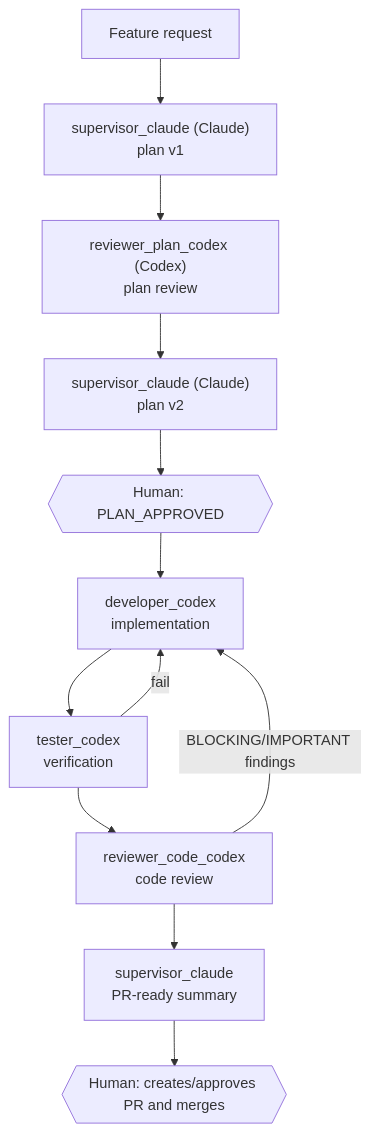
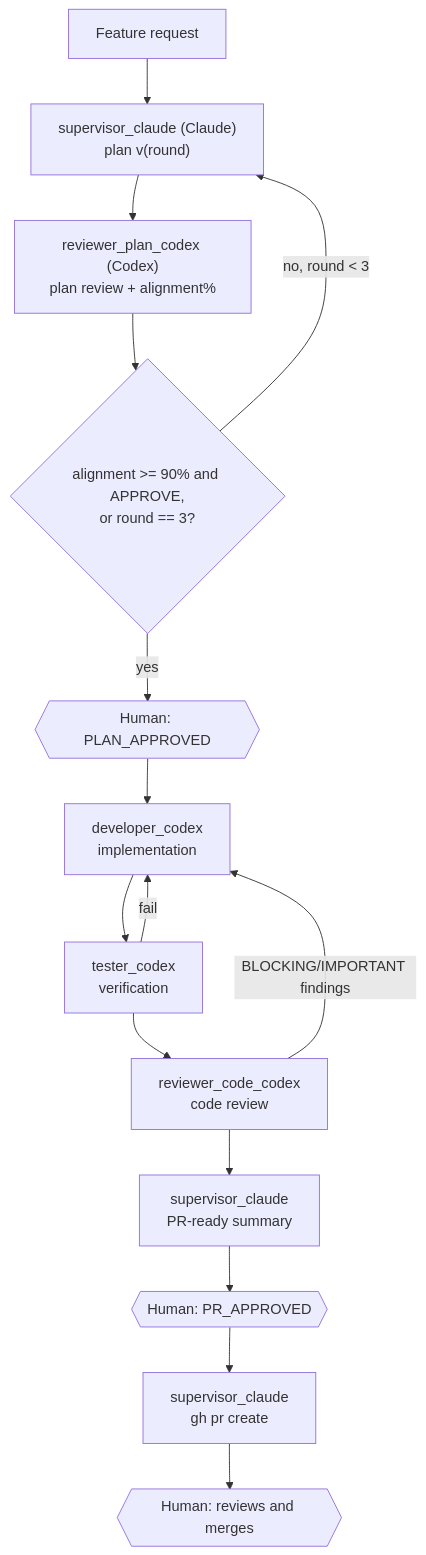
Before and after one commit to lacrif/aws-cao-config: the diagram in README.md, drawn with Mermaid. The commit also changed other lines of this file and 2 other files, not shown here.

````diff
--- a/README.md
+++ b/README.md
@@ -10,15 +10,18 @@
 ```mermaid
 flowchart TD
-    A[Feature request] --> B["supervisor_claude (Claude)<br/>plan v1"]
-    B --> C["reviewer_plan_codex (Codex)<br/>plan review"]
-    C --> D["supervisor_claude (Claude)<br/>plan v2"]
-    D --> E{{"Human: PLAN_APPROVED"}}
+    A[Feature request] --> B["supervisor_claude (Claude)<br/>plan v(round)"]
+    B --> C["reviewer_plan_codex (Codex)<br/>plan review + alignment%"]
+    C --> D{"alignment >= 90% and APPROVE,<br/>or round == 3?"}
+    D -- "no, round < 3" --> B
+    D -- yes --> E{{"Human: PLAN_APPROVED"}}
     E --> F["developer_codex<br/>implementation"]
     F --> G["tester_codex<br/>verification"]
     G --> H["reviewer_code_codex<br/>code review"]
     H --> I["supervisor_claude<br/>PR-ready summary"]
-    I --> J{{"Human: creates/approves PR and merges"}}
+    I --> J{{"Human: PR_APPROVED"}}
+    J --> K["supervisor_claude<br/>gh pr create"]
+    K --> L{{"Human: reviews and merges"}}
 
     G -- fail --> F
     H -- "BLOCKING/IMPORTANT findings" --> F
 ```
````
